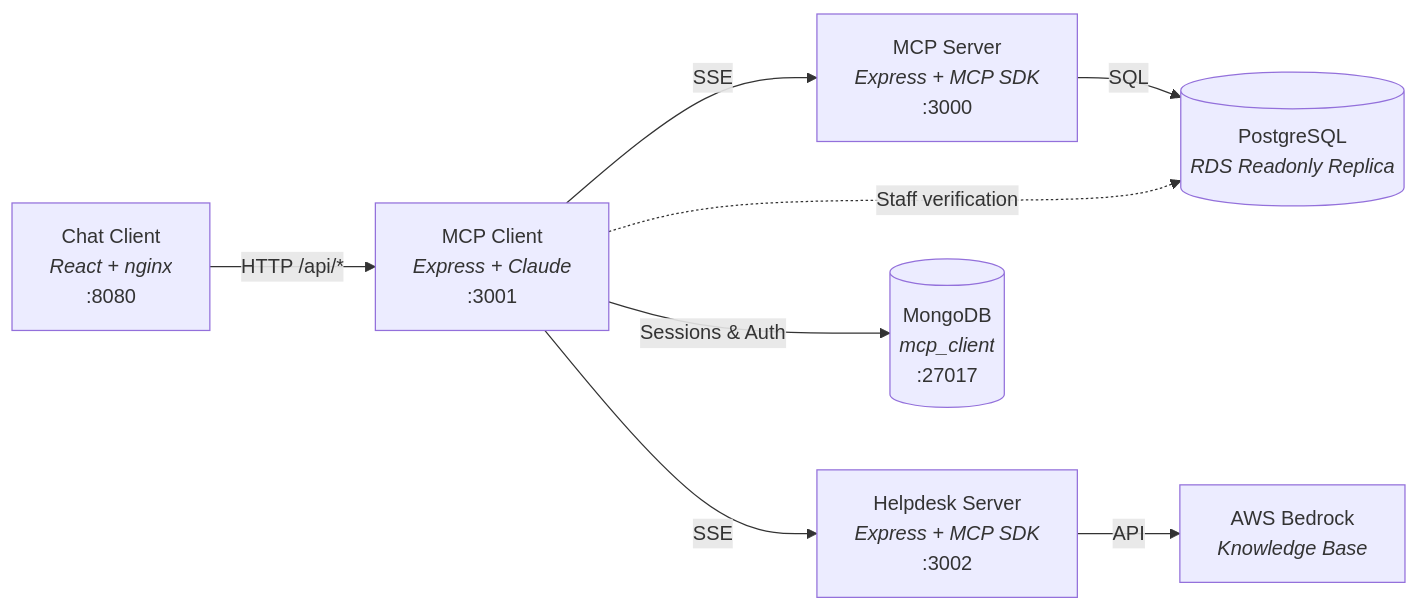
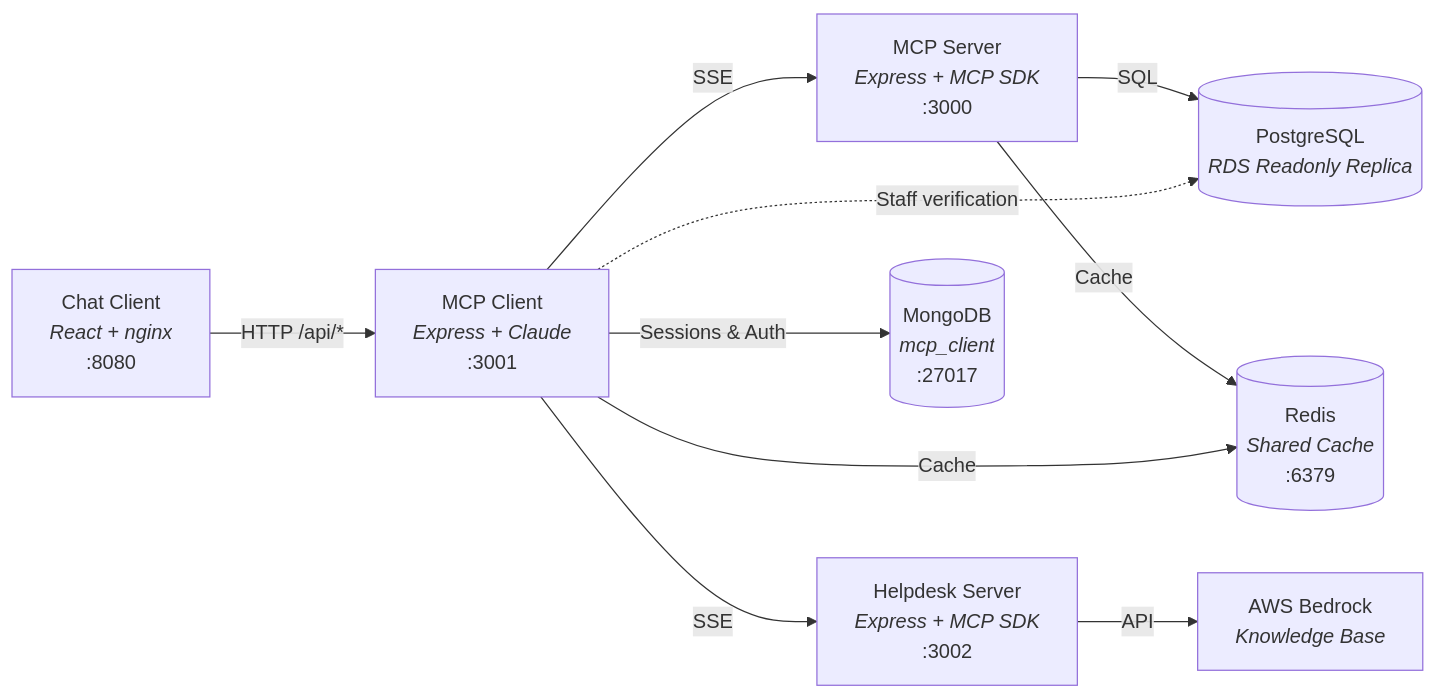
The first of 5 diagrams in README.md (Isprava/lohono-db-connect), drawn with Mermaid before and after one commit. The commit also changed other lines of this file and 35 other files, not shown here.

First line of the commit message:
feat: modularize architecture with plugin system, circuit breakers, Redis caching, and ACL refactor

````diff
--- a/README.md
+++ b/README.md
@@ -7,10 +7,12 @@
 ```mermaid
 graph LR
     Web["Chat Client<br/><i>React + nginx</i><br/>:8080"] -->|HTTP /api/*| Client["MCP Client<br/><i>Express + Claude</i><br/>:3001"]
     Client -->|SSE| Server["MCP Server<br/><i>Express + MCP SDK</i><br/>:3000"]
     Client -->|SSE| Helpdesk["Helpdesk Server<br/><i>Express + MCP SDK</i><br/>:3002"]
     Server -->|SQL| PG[("PostgreSQL<br/><i>RDS Readonly Replica</i>")]
     Helpdesk -->|API| Bedrock["AWS Bedrock<br/><i>Knowledge Base</i>"]
     Client -->|Sessions &amp; Auth| Mongo[("MongoDB<br/><i>mcp_client</i><br/>:27017")]
     Client -.->|Staff verification| PG
+    Server -->|Cache| Redis[("Redis<br/><i>Shared Cache</i><br/>:6379")]
+    Client -->|Cache| Redis
 ```
````
